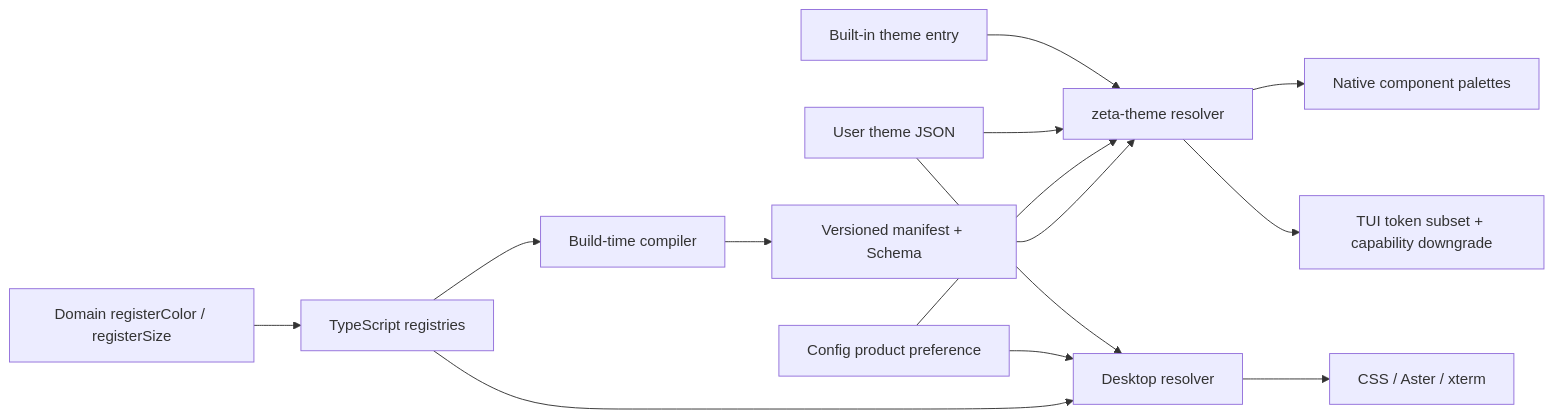
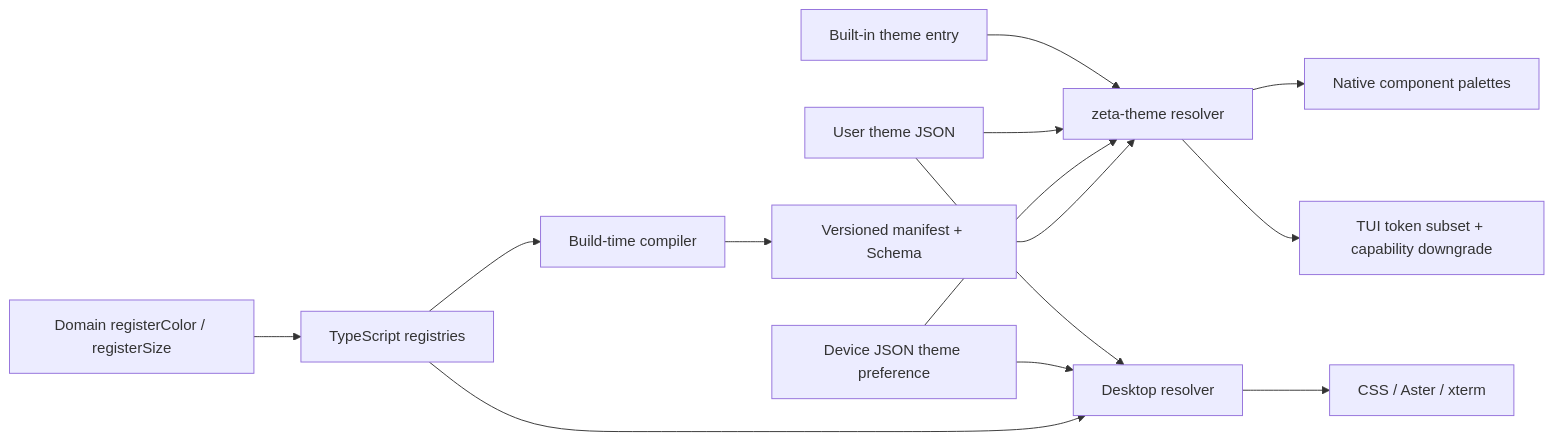
The diagram in docs/design-tokens.md (chogng/zeta), drawn with Mermaid before and after one commit. The commit also changed other lines of this file and 55 other files, not shown here.

````diff
--- a/docs/design-tokens.md
+++ b/docs/design-tokens.md
@@ -39,16 +39,16 @@
 ```mermaid
 flowchart LR
   A["Domain registerColor / registerSize"] --> B["TypeScript registries"]
   B --> C["Build-time compiler"]
   C --> D["Versioned manifest + Schema"]
   B --> E["Desktop resolver"]
   D --> F["zeta-theme resolver"]
-  G["Config product preference"] --> E
+  G["Device JSON theme preference"] --> E
   G --> F
   L["User theme JSON"] --> E
   L --> F
   K["Built-in theme entry"] --> F
   E --> H["CSS / Aster / xterm"]
   F --> I["Native component palettes"]
   F --> J["TUI token subset + capability downgrade"]
 ```
````
